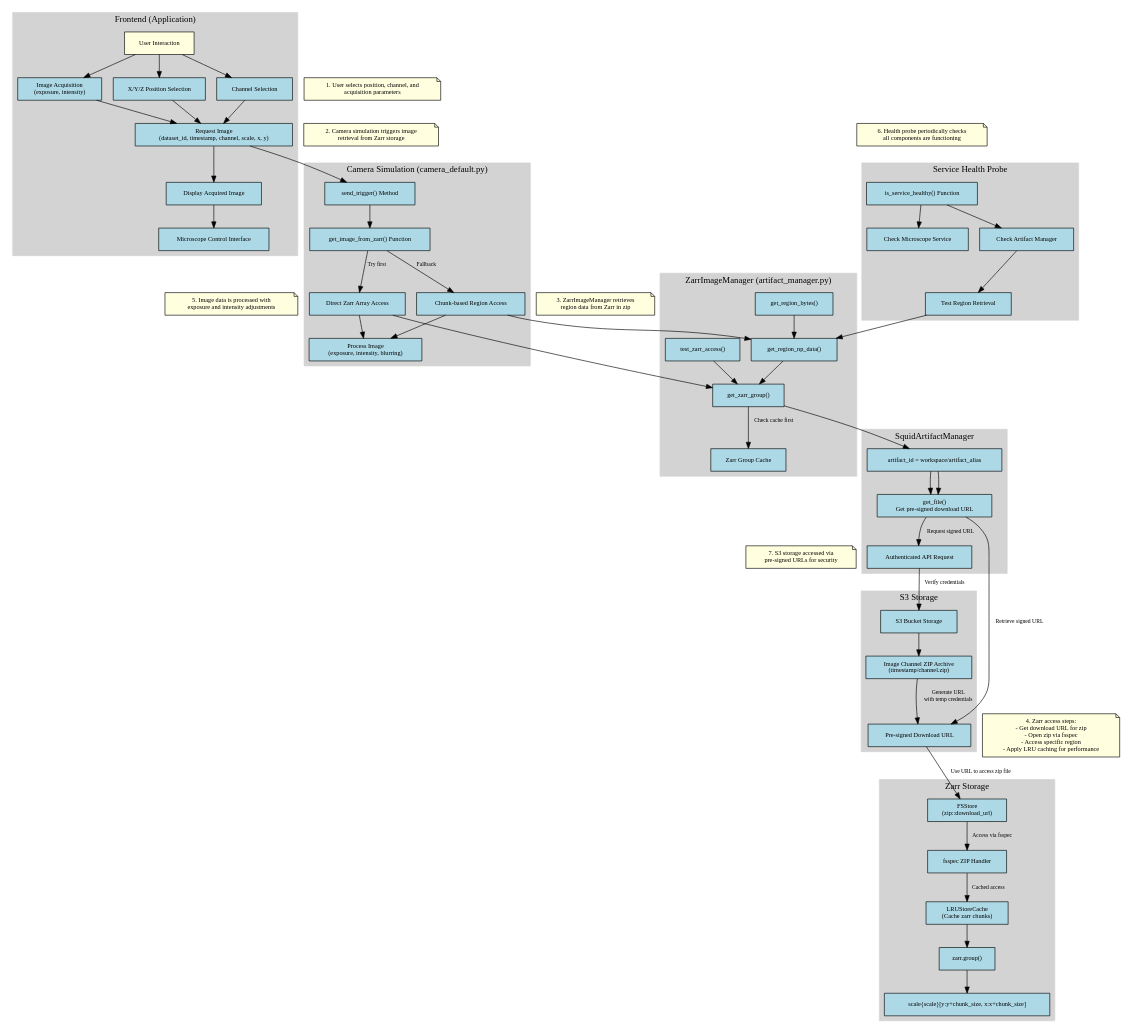
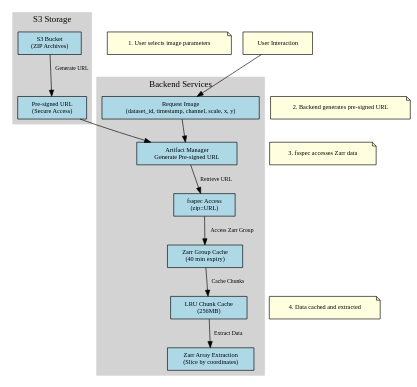
The diagram in docs/zarr_image_workflow.dot (cccoolll/squid-control), drawn with Graphviz before and after one commit. The commit also changed 1 other file, not shown here.

Commit message:
update workflow figure

```diff
--- a/docs/zarr_image_workflow.dot
+++ b/docs/zarr_image_workflow.dot
@@ -1,159 +1,54 @@
 digraph ZarrImageWorkflow {
     // Graph settings
     rankdir=TB;
     node [shape=box, style=filled, fillcolor=lightblue, fontsize=10, margin="0.2,0.1"];
     edge [fontsize=9];
     
-    // Frontend components
-    subgraph cluster_frontend {
-        label="Frontend (Application)";
+    // User Interaction
+    user [label="User Interaction", fillcolor=lightyellow];
+    request_image [label="Request Image\n(dataset_id, timestamp, channel, scale, x, y)"];
+    user -> request_image;
+    
+    // Backend Services
+    subgraph cluster_backend {
+        label="Backend Services";
         style=filled;
         color=lightgrey;
         
-        user [label="User Interaction", fillcolor=lightyellow];
-        microscope_control [label="Microscope Control Interface"];
-        position_selection [label="X/Y/Z Position Selection"];
-        channel_selection [label="Channel Selection"];
-        image_acquisition [label="Image Acquisition\n(exposure, intensity)"];
-        request_image [label="Request Image\n(dataset_id, timestamp, channel, scale, x, y)"];
-        display_image [label="Display Acquired Image"];
+        artifact_manager [label="Artifact Manager\nGenerate Pre-signed URL"];
+        fsspec_access [label="fsspec Access\n(zip::URL)"];
+        zarr_cache [label="Zarr Group Cache\n(40 min expiry)"];
+        lru_cache [label="LRU Chunk Cache\n(256MB)"];
+        zarr_extraction [label="Zarr Array Extraction\n(Slice by coordinates)"];
         
-        user -> position_selection;
-        user -> channel_selection;
-        user -> image_acquisition;
-        position_selection -> request_image;
-        channel_selection -> request_image;
-        image_acquisition -> request_image;
-        request_image -> display_image;
-        display_image -> microscope_control;
-    }
-    
-    // Camera Simulation
-    subgraph cluster_camera_sim {
-        label="Camera Simulation (camera_default.py)";
-        style=filled;
-        color=lightgrey;
-        
-        send_trigger [label="send_trigger() Method"];
-        get_image_from_zarr [label="get_image_from_zarr() Function"];
-        direct_zarr_access [label="Direct Zarr Array Access"];
-        chunk_based_access [label="Chunk-based Region Access"];
-        image_processing [label="Process Image\n(exposure, intensity, blurring)"];
-        
-        send_trigger -> get_image_from_zarr;
-        get_image_from_zarr -> direct_zarr_access [label="Try first"];
-        get_image_from_zarr -> chunk_based_access [label="Fallback"];
-        direct_zarr_access -> image_processing;
-        chunk_based_access -> image_processing;
-    }
-    
-    // ZarrImageManager
-    subgraph cluster_zarr_manager {
-        label="ZarrImageManager (artifact_manager.py)";
-        style=filled;
-        color=lightgrey;
-        
-        get_region_bytes [label="get_region_bytes()"];
-        get_region_np_data [label="get_region_np_data()"];
-        get_zarr_group [label="get_zarr_group()"];
-        zarr_cache [label="Zarr Group Cache"];
-        test_zarr_access [label="test_zarr_access()"];
-        
-        get_region_bytes -> get_region_np_data;
-        get_region_np_data -> get_zarr_group;
-        get_zarr_group -> zarr_cache [label="Check cache first"];
-        test_zarr_access -> get_zarr_group;
-    }
-    
-    // Artifact Manager
-    subgraph cluster_artifact_manager {
-        label="SquidArtifactManager";
-        style=filled;
-        color=lightgrey;
-        
-        get_file [label="get_file()\nGet pre-signed download URL"];
-        artifact_id [label="artifact_id = workspace/artifact_alias"];
-        auth_request [label="Authenticated API Request"];
-        
-        artifact_id -> get_file;
-        get_file -> auth_request [label="Request signed URL"];
+        request_image -> artifact_manager;
+        artifact_manager -> fsspec_access [label="Retrieve URL"];
+        fsspec_access -> zarr_cache [label="Access Zarr Group"];
+        zarr_cache -> lru_cache [label="Cache Chunks"];
+        lru_cache -> zarr_extraction [label="Extract Data"];
     }
     
     // S3 Storage
-    subgraph cluster_s3_storage {
+    subgraph cluster_s3 {
         label="S3 Storage";
         style=filled;
         color=lightgrey;
         
-        s3_backend [label="S3 Bucket Storage"];
-        presigned_url [label="Pre-signed Download URL"];
-        zip_archive [label="Image Channel ZIP Archive\n(timestamp/channel.zip)"];
+        s3_bucket [label="S3 Bucket\n(ZIP Archives)"];
+        pre_signed_url [label="Pre-signed URL\n(Secure Access)"];
         
-        s3_backend -> zip_archive;
-        zip_archive -> presigned_url [label="Generate URL\nwith temp credentials"];
+        s3_bucket -> pre_signed_url [label="Generate URL"];
+        pre_signed_url -> artifact_manager;
     }
     
-    // Zarr Storage
-    subgraph cluster_zarr_storage {
-        label="Zarr Storage";
-        style=filled;
-        color=lightgrey;
-        
-        fsstore [label="FSStore\n(zip::download_url)"];
-        fsspec_handler [label="fsspec ZIP Handler"];
-        lru_cache [label="LRUStoreCache\n(Cache zarr chunks)"];
-        zarr_group [label="zarr.group()"];
-        zarr_array [label="scale{scale}[y:y+chunk_size, x:x+chunk_size]"];
-        
-        fsstore -> fsspec_handler [label="Access via fsspec"];
-        fsspec_handler -> lru_cache [label="Cached access"];
-        lru_cache -> zarr_group;
-        zarr_group -> zarr_array;
-    }
-    
-    // Health Probe
-    subgraph cluster_health_probe {
-        label="Service Health Probe";
-        style=filled;
-        color=lightgrey;
-        
-        is_service_healthy [label="is_service_healthy() Function"];
-        check_microscope [label="Check Microscope Service"];
-        check_artifact_mgr [label="Check Artifact Manager"];
-        test_region_retrieval [label="Test Region Retrieval"];
-        
-        is_service_healthy -> check_microscope;
-        is_service_healthy -> check_artifact_mgr;
-        check_artifact_mgr -> test_region_retrieval;
-    }
-    
-    // Connect the clusters
-    request_image -> send_trigger;
-    
-    chunk_based_access -> get_region_np_data;
-    direct_zarr_access -> get_zarr_group;
-    
-    get_zarr_group -> artifact_id -> get_file;
-    get_file -> presigned_url [label="Retrieve signed URL"];
-    presigned_url -> fsstore [label="Use URL to access zip file"];
-    
-    test_region_retrieval -> get_region_np_data;
-    auth_request -> s3_backend [label="Verify credentials"];
-    
-    // Key data flow explanation
-    data_flow1 [shape=note, fillcolor=lightyellow, label="1. User selects position, channel, and\nacquisition parameters"];
-    data_flow2 [shape=note, fillcolor=lightyellow, label="2. Camera simulation triggers image\nretrieval from Zarr storage"];
-    data_flow3 [shape=note, fillcolor=lightyellow, label="3. ZarrImageManager retrieves\nregion data from Zarr in zip"];
-    data_flow4 [shape=note, fillcolor=lightyellow, label="4. Zarr access steps:\n- Get download URL for zip\n- Open zip via fsspec\n- Access specific region\n- Apply LRU caching for performance"];
-    data_flow5 [shape=note, fillcolor=lightyellow, label="5. Image data is processed with\nexposure and intensity adjustments"];
-    data_flow6 [shape=note, fillcolor=lightyellow, label="6. Health probe periodically checks\nall components are functioning"];
-    data_flow7 [shape=note, fillcolor=lightyellow, label="7. S3 storage accessed via\npre-signed URLs for security"];
+    // Data Flow Explanation
+    data_flow1 [shape=note, fillcolor=lightyellow, label="1. User selects image parameters"];
+    data_flow2 [shape=note, fillcolor=lightyellow, label="2. Backend generates pre-signed URL"];
+    data_flow3 [shape=note, fillcolor=lightyellow, label="3. fsspec accesses Zarr data"];
+    data_flow4 [shape=note, fillcolor=lightyellow, label="4. Data cached and extracted"];
     
     data_flow1 -> request_image [style=invis];
-    data_flow2 -> send_trigger [style=invis];
-    data_flow3 -> get_region_np_data [style=invis];
-    data_flow4 -> fsstore [style=invis];
-    data_flow5 -> image_processing [style=invis];
-    data_flow6 -> is_service_healthy [style=invis];
-    data_flow7 -> s3_backend [style=invis];
+    data_flow2 -> artifact_manager [style=invis];
+    data_flow3 -> fsspec_access [style=invis];
+    data_flow4 -> zarr_extraction [style=invis];
 }
```
